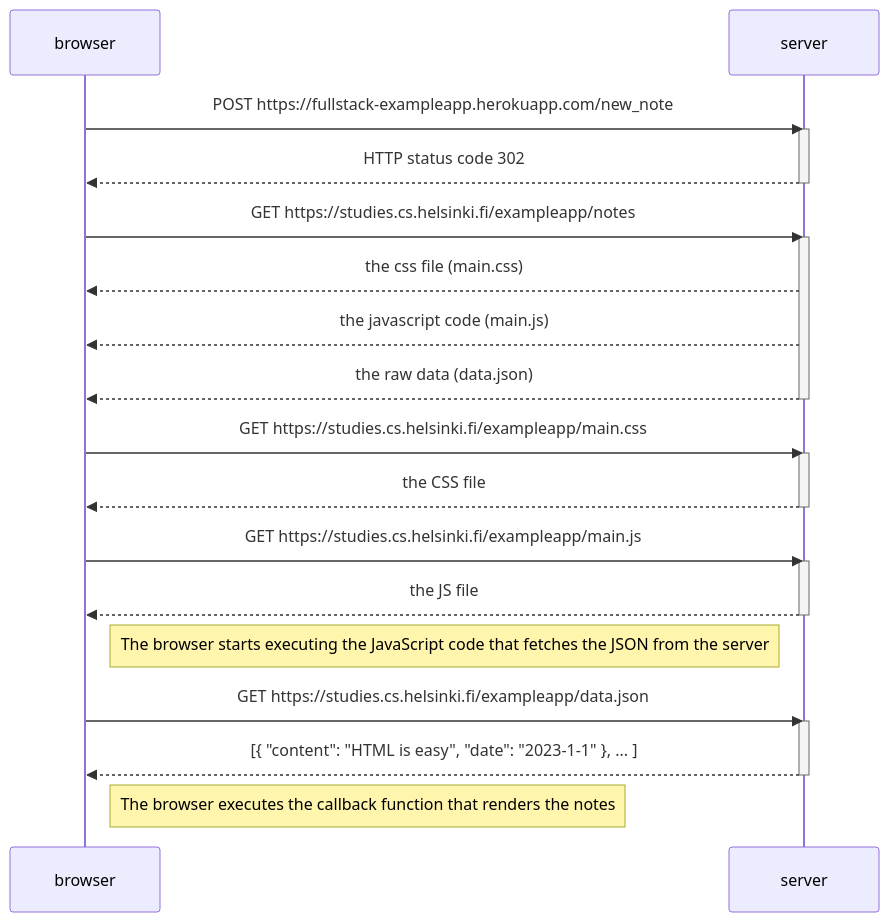
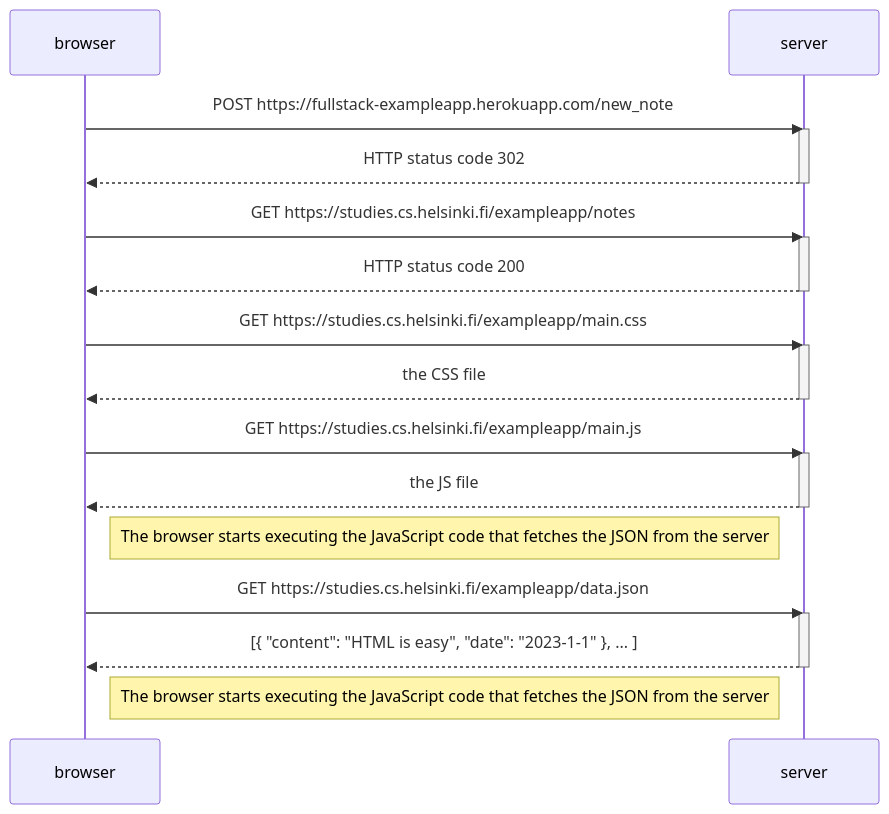
One commit to EmCarlss/UHelsinki_full_stack_open changed the diagram in part0/Sequence_d0.4.md. Above: the diagram before and after it, drawn with Mermaid.

````diff
--- a/part0/Sequence_d0.4.md
+++ b/part0/Sequence_d0.4.md
@@ -2,38 +2,36 @@
 ```mermaid
 sequenceDiagram
     participant browser
     participant server
 
     browser->>server: POST https://fullstack-exampleapp.herokuapp.com/new_note
     activate server
     server-->>browser: HTTP status code 302
     deactivate server
 
     browser->>server: GET https://studies.cs.helsinki.fi/exampleapp/notes
     activate server
-    server-->>browser: the css file (main.css)
-    server-->>browser: the javascript code (main.js)
-    server-->>browser: the raw data (data.json)
+    server-->>browser: HTTP status code 200
     deactivate server
 
     browser->>server: GET https://studies.cs.helsinki.fi/exampleapp/main.css
     activate server
     server-->>browser: the CSS file
     deactivate server
 
 
     browser->>server: GET https://studies.cs.helsinki.fi/exampleapp/main.js
     activate server
     server-->>browser: the JS file
     deactivate server
 
     Note right of browser: The browser starts executing the JavaScript code that fetches the JSON from the server
 
     browser->>server: GET https://studies.cs.helsinki.fi/exampleapp/data.json
     activate server
     server-->>browser: [{ "content": "HTML is easy", "date": "2023-1-1" }, ... ]
     deactivate server
 
-    Note right of browser: The browser executes the callback function that renders the notes
+    Note right of browser: The browser starts executing the JavaScript code that fetches the JSON from the server
 
 ```
````
